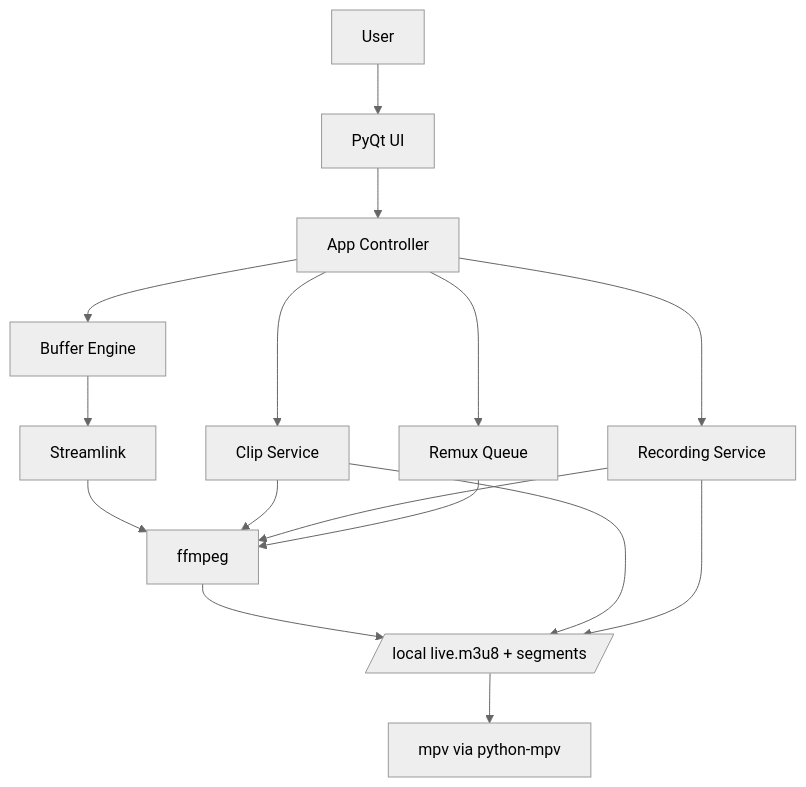
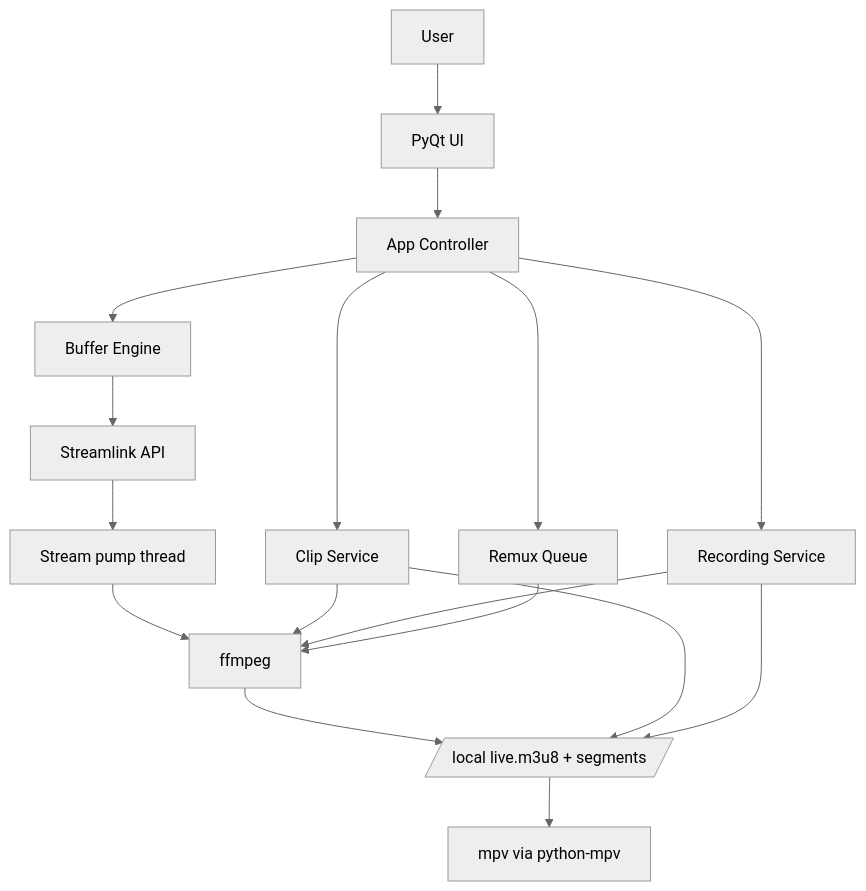
One commit to tarzasai/clippiti changed the first of 2 diagrams in doc/architecture-overview.md. Above: the diagram before and after it, drawn with Mermaid (neutral theme). The commit also changed other lines of this file and 19 other files, not shown here.

````diff
--- a/doc/architecture-overview.md
+++ b/doc/architecture-overview.md
@@ -8,20 +8,21 @@
 ```mermaid
 flowchart TD
     U[User] --> UI[PyQt UI]
     UI --> APP[App Controller]
     APP --> BE[Buffer Engine]
     APP --> CLIP[Clip Service]
     APP --> REC[Recording Service]
     APP --> RQ[Remux Queue]
 
-    BE --> SL[Streamlink]
-    SL --> FF[ffmpeg]
+    BE --> SL[Streamlink API]
+    SL --> PUMP[Stream pump thread]
+    PUMP --> FF[ffmpeg]
     FF --> HLS[/local live.m3u8 + segments/]
     HLS --> MPV[mpv via python-mpv]
 
     CLIP --> HLS
     CLIP --> FF
     REC --> HLS
     REC --> FF
     RQ --> FF
 ```
````
